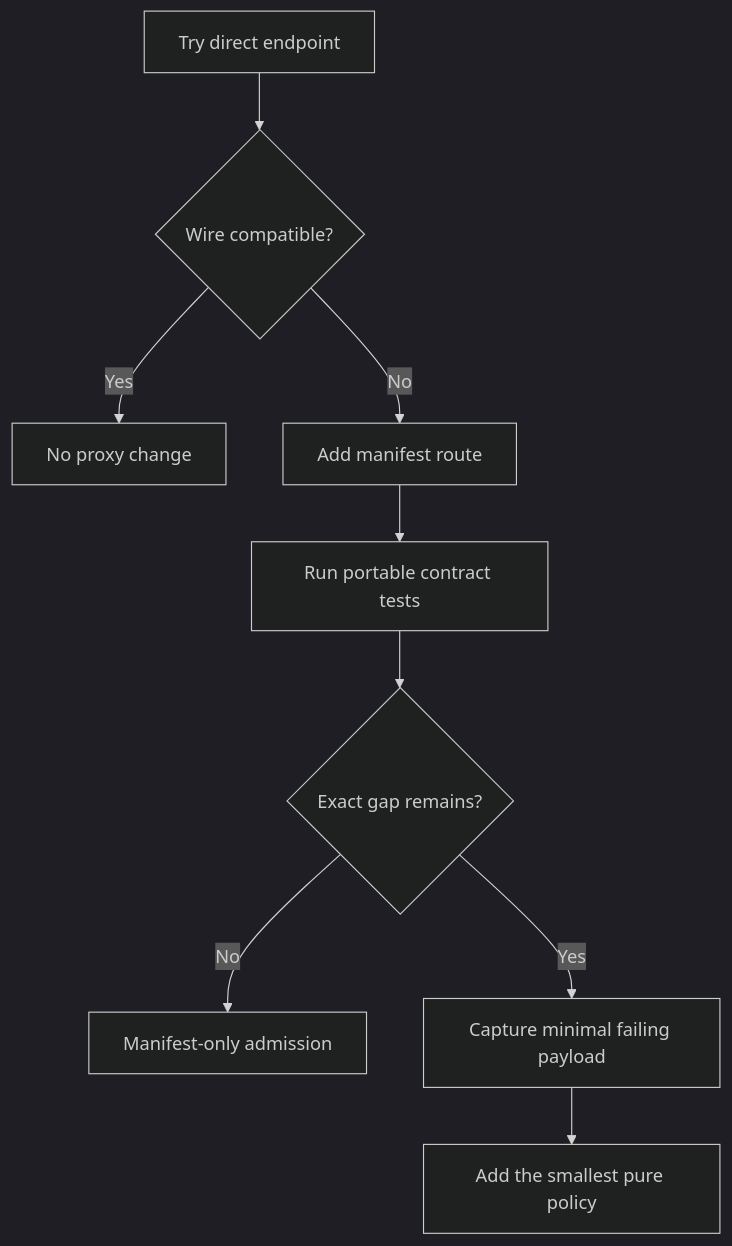
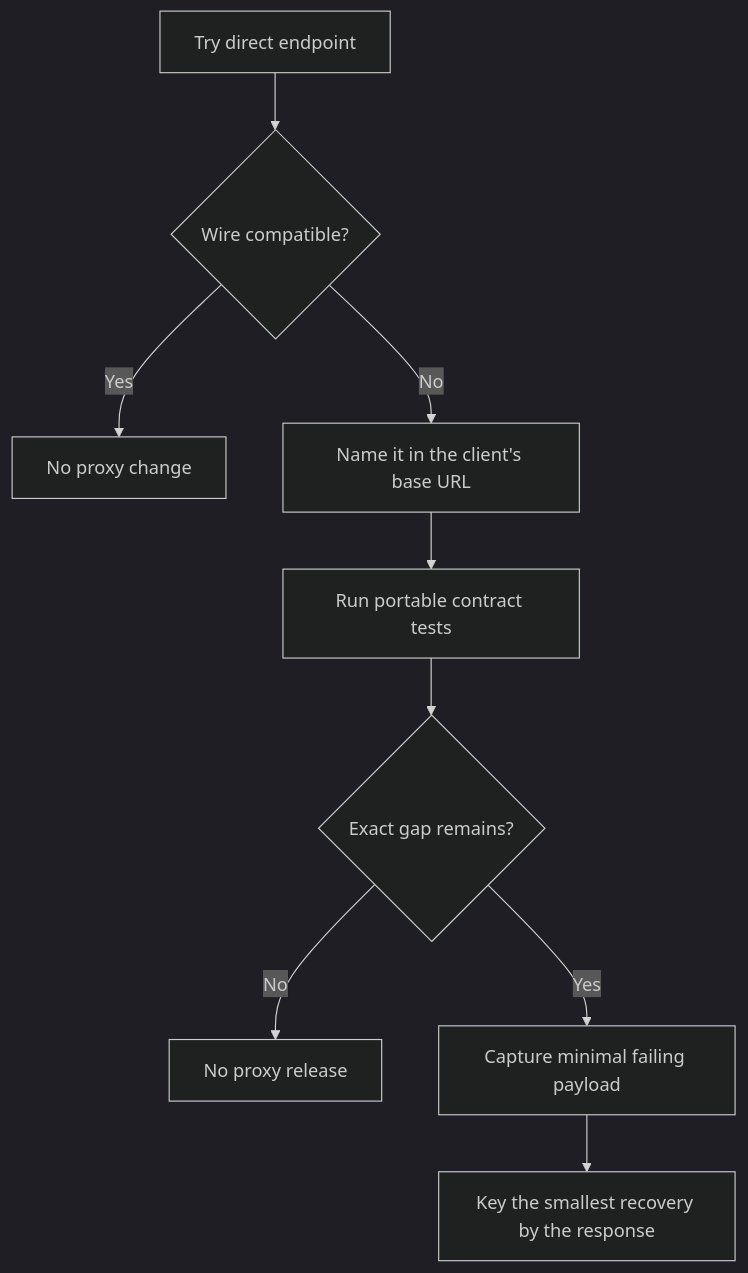
The third of 5 diagrams in docs/architecture/authority-and-runtime-boundary.md (HengYangDS/openai-responses-proxy), drawn with Mermaid (dark theme) before and after one commit. The commit also changed other lines of this file and 14 other files, not shown here.

````diff
--- a/docs/architecture/authority-and-runtime-boundary.md
+++ b/docs/architecture/authority-and-runtime-boundary.md
@@ -150,11 +152,11 @@
 ```mermaid
 flowchart TD
     D["Try direct endpoint"] --> W{"Wire compatible?"}
     W -->|Yes| N["No proxy change"]
-    W -->|No| M["Add manifest route"]
-    M --> T["Run portable contract tests"]
+    W -->|No| A["Name it in the client's base URL"]
+    A --> T["Run portable contract tests"]
     T --> G{"Exact gap remains?"}
-    G -->|No| R["Manifest-only admission"]
+    G -->|No| R["No proxy release"]
     G -->|Yes| E["Capture minimal failing payload"]
-    E --> P["Add the smallest pure policy"]
+    E --> P["Key the smallest recovery by the response"]
 ```
````
